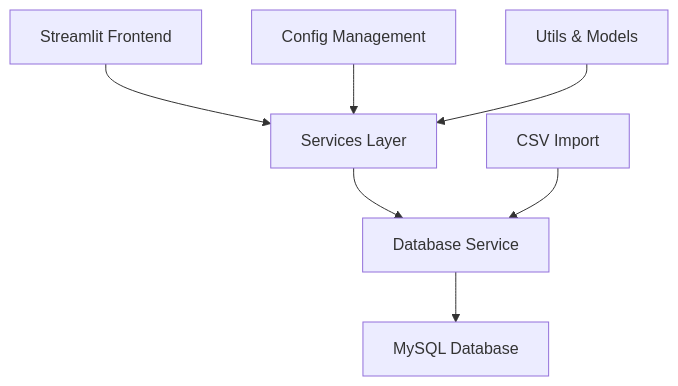
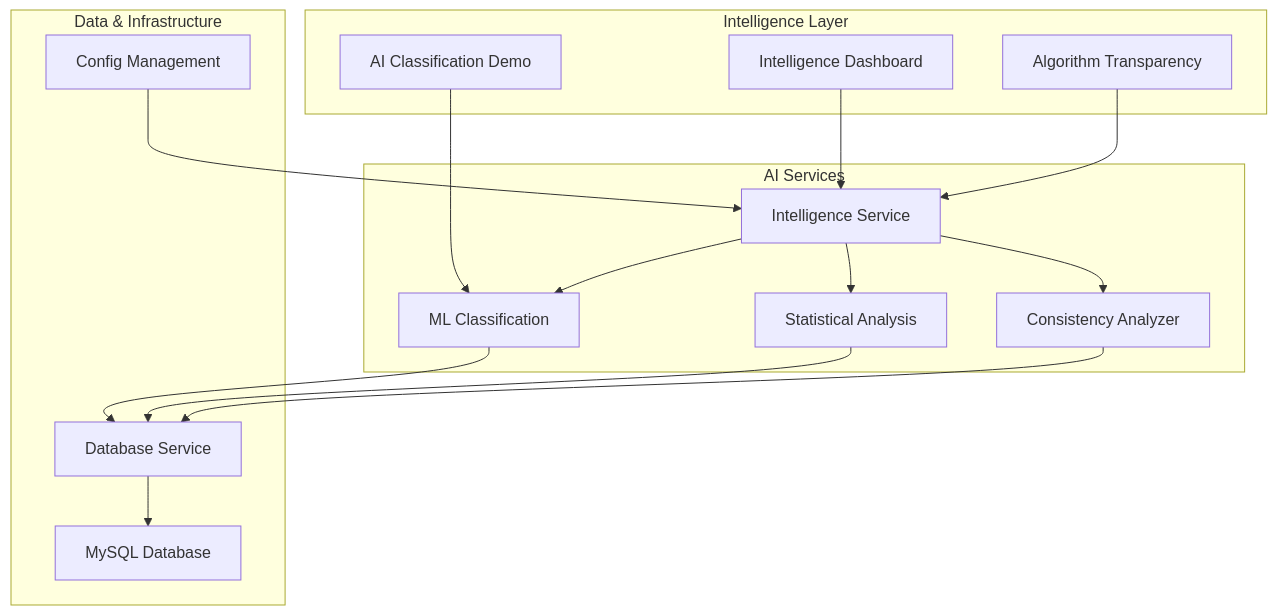
Before and after one commit to dagny099/fitness-dashboard: the diagram in docs/index.md, drawn with Mermaid. The commit also changed other lines of this file and 8 other files, not shown here.

Commit message:
docs: updated docs with new intelligence platform features including algorithm transparency descriptions

````diff
--- a/docs/index.md
+++ b/docs/index.md
@@ -68,9 +89,33 @@
 ```mermaid
 graph TB
-    A[Streamlit Frontend] --> B[Services Layer]
-    B --> C[Database Service]
-    C --> D[MySQL Database]
-    E[Config Management] --> B
-    F[Utils & Models] --> B
-    G[CSV Import] --> C
+    subgraph "Intelligence Layer"
+        A[Intelligence Dashboard]
+        B[Algorithm Transparency]
+        C[AI Classification Demo]
+    end
+    
+    subgraph "AI Services"
+        D[Intelligence Service]
+        E[ML Classification]
+        F[Statistical Analysis]
+        G[Consistency Analyzer]
+    end
+    
+    subgraph "Data & Infrastructure"
+        H[Database Service]
+        I[MySQL Database]
+        J[Config Management]
+    end
+    
+    A --> D
+    B --> D
+    C --> E
+    D --> E
+    D --> F
+    D --> G
+    E --> H
+    F --> H
+    G --> H
+    H --> I
+    J --> D
 ```
````
